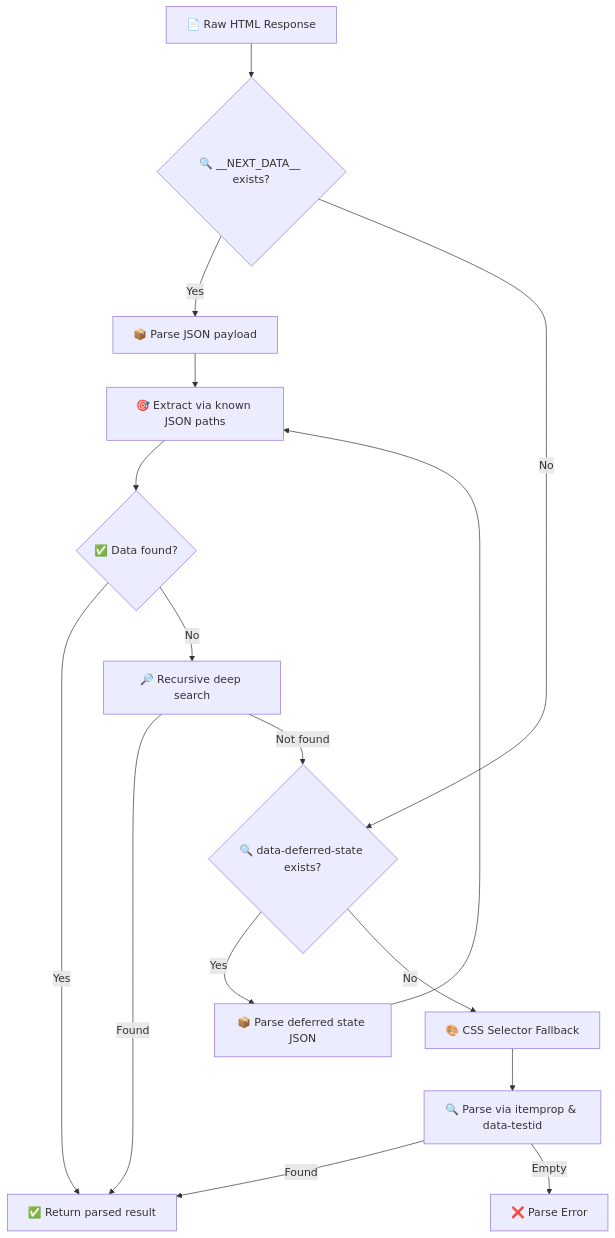
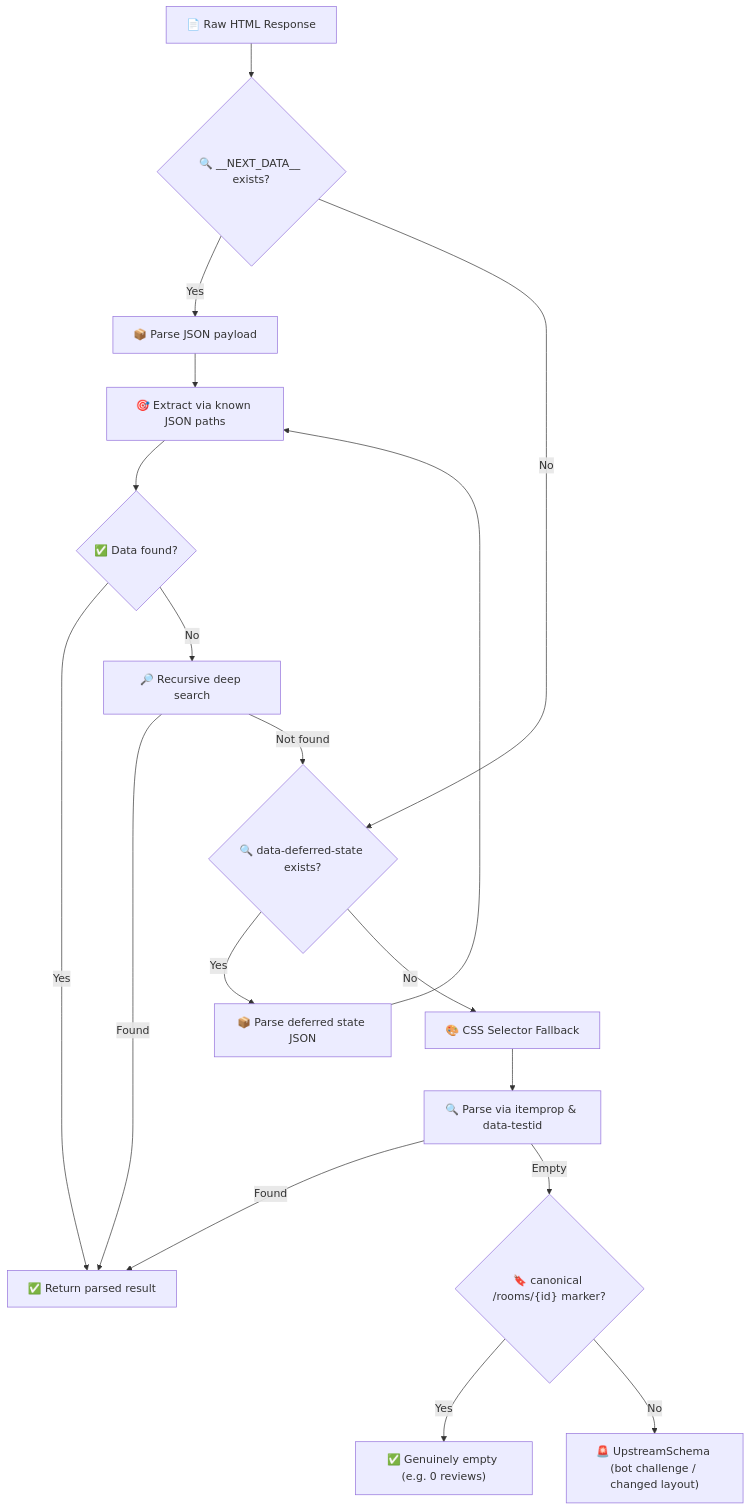
The second of 2 diagrams in src/adapters/README.md (muchiny/mcp-airbnb), drawn with Mermaid before and after one commit. The commit also changed other lines of this file and 194 other files, not shown here.

````diff
--- a/src/adapters/README.md
+++ b/src/adapters/README.md
@@ -92,19 +111,21 @@
 ```mermaid
 flowchart TD
     HTML["📄 Raw HTML Response"]
     HTML --> ND{"🔍 __NEXT_DATA__ exists?"}
     ND -->|Yes| ParseJSON["📦 Parse JSON payload"]
     ND -->|No| DS{"🔍 data-deferred-state exists?"}
     ParseJSON --> Extract["🎯 Extract via known JSON paths"]
     Extract --> Found{"✅ Data found?"}
     Found -->|Yes| Result["✅ Return parsed result"]
     Found -->|No| Deep["🔎 Recursive deep search"]
     Deep -->|Found| Result
     Deep -->|Not found| DS
     DS -->|Yes| ParseDeferred["📦 Parse deferred state JSON"]
     ParseDeferred --> Extract
     DS -->|No| CSS["🎨 CSS Selector Fallback"]
     CSS --> CSSParse["🔍 Parse via itemprop & data-testid"]
     CSSParse -->|Found| Result
-    CSSParse -->|Empty| Error["❌ Parse Error"]
+    CSSParse -->|Empty| Markers{"🔖 canonical /rooms/{id} marker?"}
+    Markers -->|Yes| Empty["✅ Genuinely empty (e.g. 0 reviews)"]
+    Markers -->|No| Drift["🚨 UpstreamSchema (bot challenge / changed layout)"]
 ```
````
